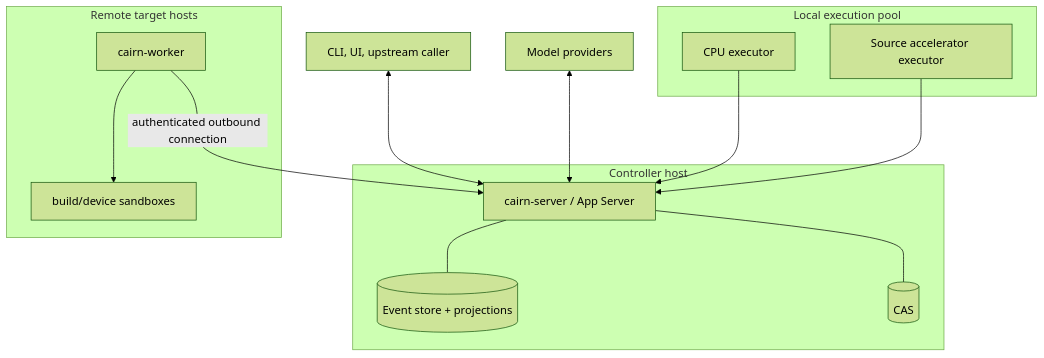
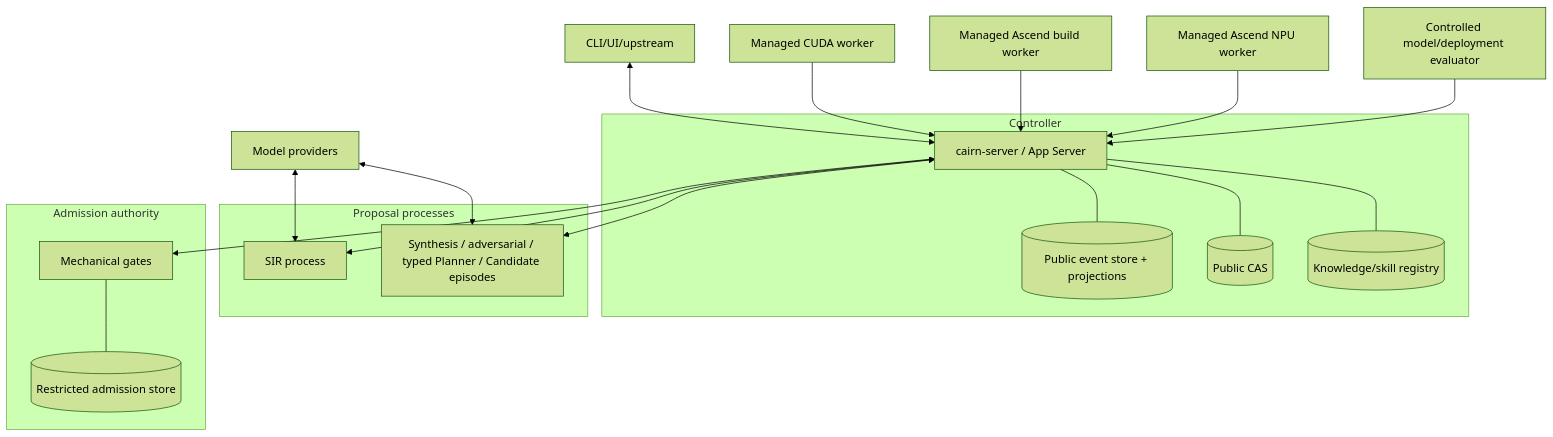
One commit to ascendresearch/cairn changed the fifth of 5 diagrams in docs/SYSTEM_DESIGN.md. Above: the diagram before and after it, drawn with Mermaid (forest theme). The commit also changed other lines of this file and 33 other files, not shown here.

Commit message:
docs: redesign oracle architecture and development plan

````diff
--- a/docs/SYSTEM_DESIGN.md
+++ b/docs/SYSTEM_DESIGN.md
@@ -1487,28 +596,34 @@
 ```mermaid
 flowchart TB
-    subgraph control["Controller host"]
+    subgraph controller["Controller"]
       server["cairn-server / App Server"]
-      db[("Event store + projections")]
-      cas[("CAS")]
+      db[("Public event store + projections")]
+      cas[("Public CAS")]
+      kb[("Knowledge/skill registry")]
       server --- db
       server --- cas
+      server --- kb
     end
 
-    clients["CLI, UI, upstream caller"] <--> server
-    models["Model providers"] <--> server
-
-    subgraph local["Local execution pool"]
-      cpu["CPU executor"]
-      sourcegpu["Source accelerator executor"]
+    subgraph proposal["Proposal processes"]
+      sir["SIR process"]
+      episodes["Synthesis / adversarial / typed Planner / Candidate episodes"]
     end
 
-    subgraph remote["Remote target hosts"]
-      worker["cairn-worker"]
-      sandbox["build/device sandboxes"]
-      worker --> sandbox
+    subgraph authority["Admission authority"]
+      admission["Mechanical gates"]
+      restricted[("Restricted admission store")]
+      admission --- restricted
     end
 
-    cpu --> server
-    sourcegpu --> server
-    worker -->|"authenticated outbound connection"| server
+    client["CLI/UI/upstream"] <--> server
+    server <--> sir
+    server <--> episodes
+    server <--> admission
+    model["Model providers"] <--> sir
+    model <--> episodes
+    cuda["Managed CUDA worker"] --> server
+    build["Managed Ascend build worker"] --> server
+    npu["Managed Ascend NPU worker"] --> server
+    integration["Controlled model/deployment evaluator"] --> server
 ```
````
